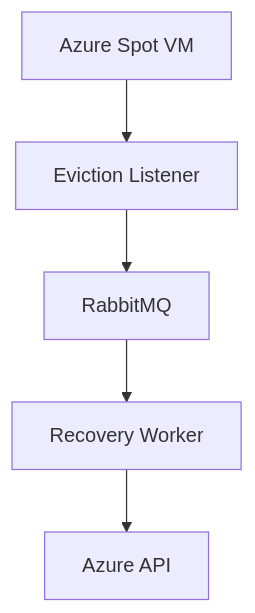
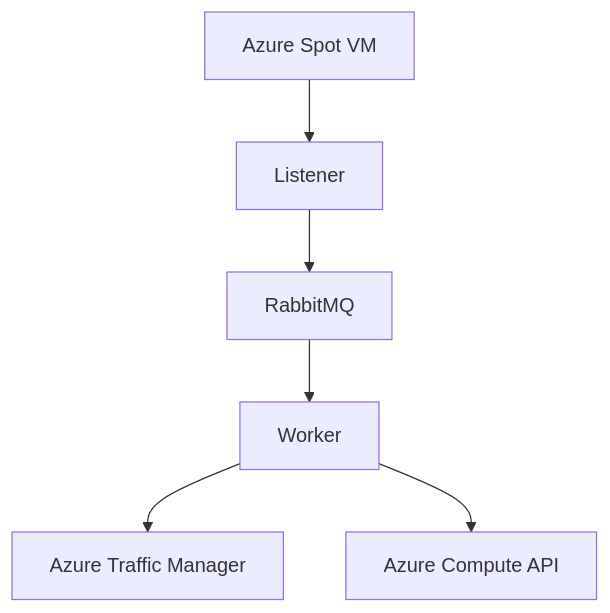
One commit to pijus3002/spot_phoenix changed the first of 3 diagrams in README.md. Above: the diagram before and after it, drawn with Mermaid. The commit also changed other lines of this file, not shown here.

````diff
--- a/README.md
+++ b/README.md
@@ -31,14 +20,17 @@
 ```mermaid
 graph TD
 
     A[Azure Spot VM]
-    B[Eviction Listener]
+    B[Listener]
     C[RabbitMQ]
-    D[Recovery Worker]
-    E[Azure API]
+    D[Worker]
+    E[Azure Compute API]
+    F[Azure Traffic Manager]
 
     A --> B
     B --> C
     C --> D
+
+    D --> F
     D --> E
 ```
````
